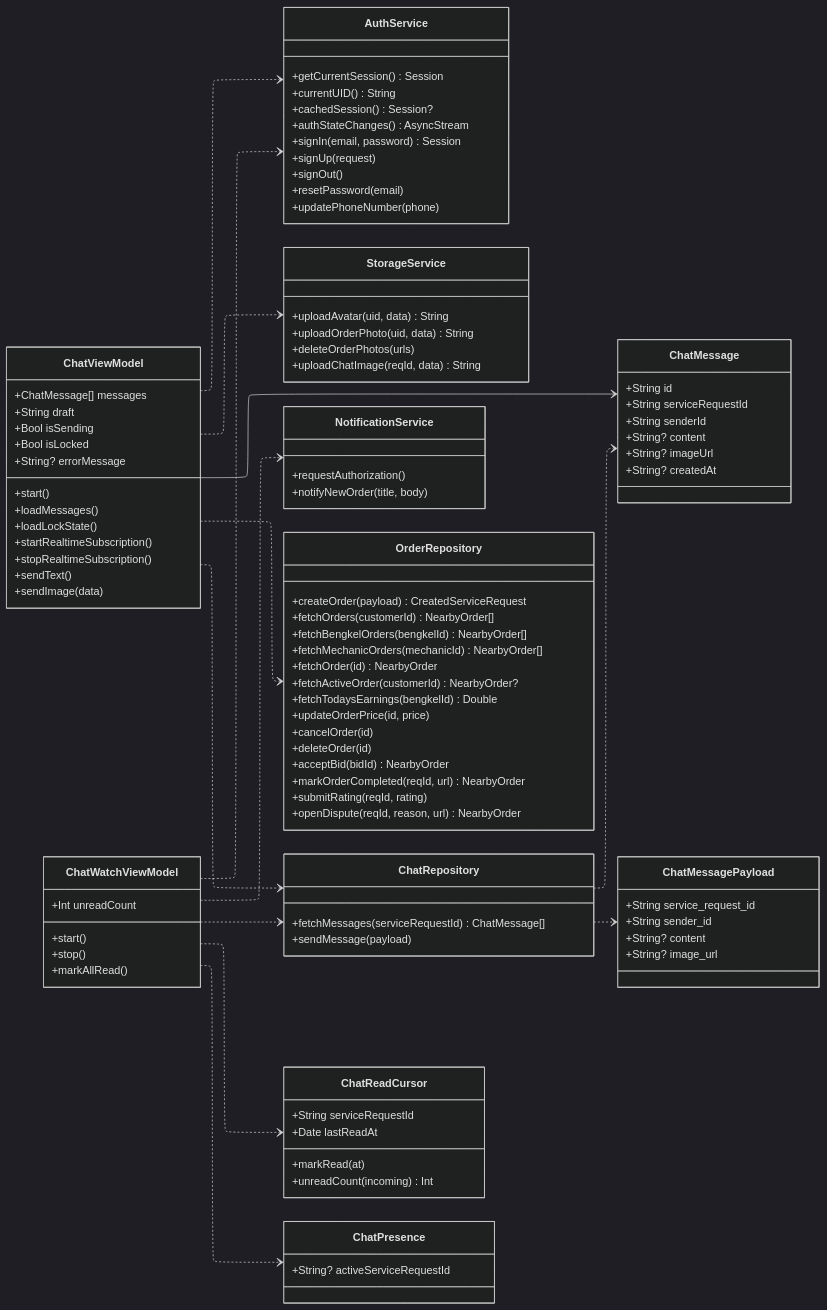
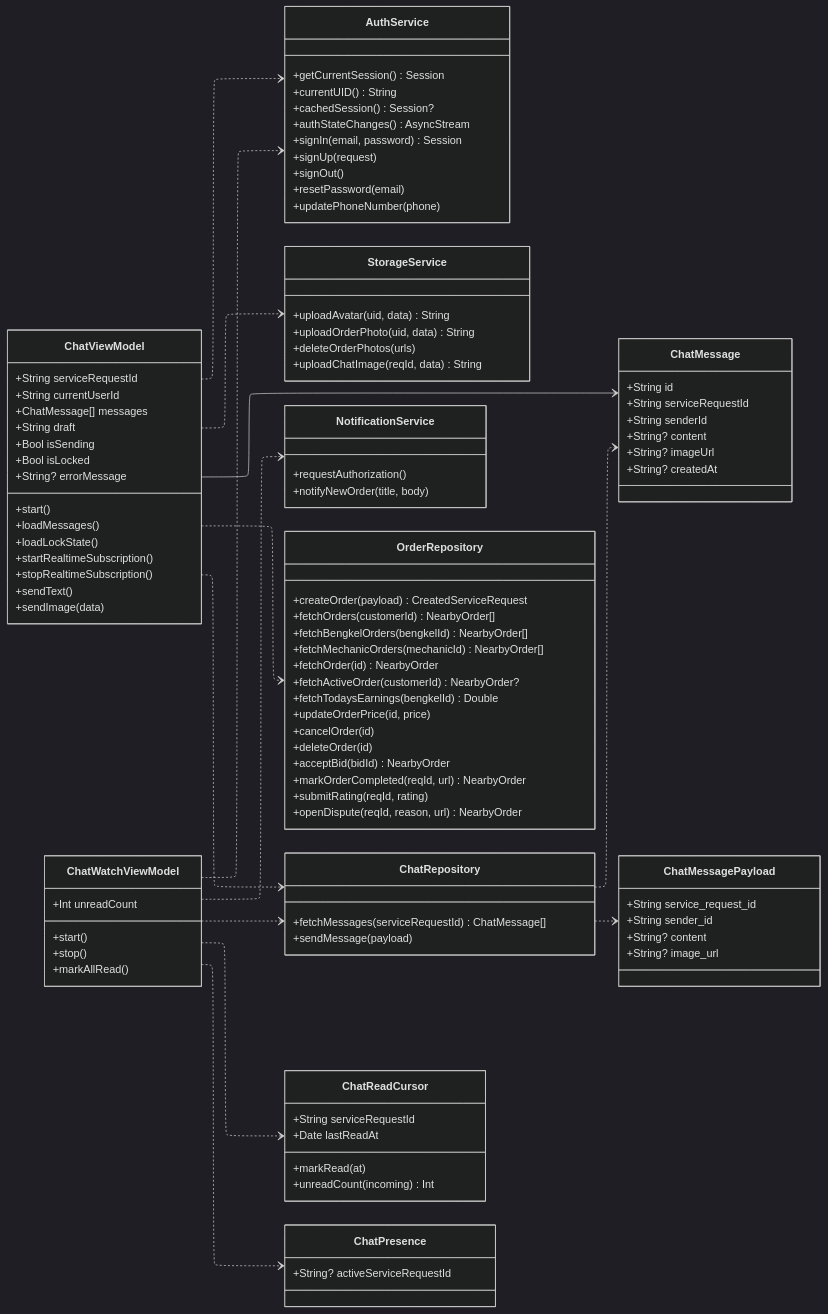
Before and after one commit to rei-soemanto/BengkelIn_SE: the seventh of 12 diagrams in diagram/feature-class-diagrams.md, drawn with Mermaid (dark theme). The commit also changed other lines of this file, not shown here.

Commit message:
feature-class-diagram update

```diff
--- a/diagram/feature-class-diagrams.md
+++ b/diagram/feature-class-diagrams.md
@@ -1005,6 +1076,8 @@
         +sendMessage(payload)
     }
     class ChatViewModel {
+        +String serviceRequestId
+        +String currentUserId
         +ChatMessage[] messages
         +String draft
         +Bool isSending
```
